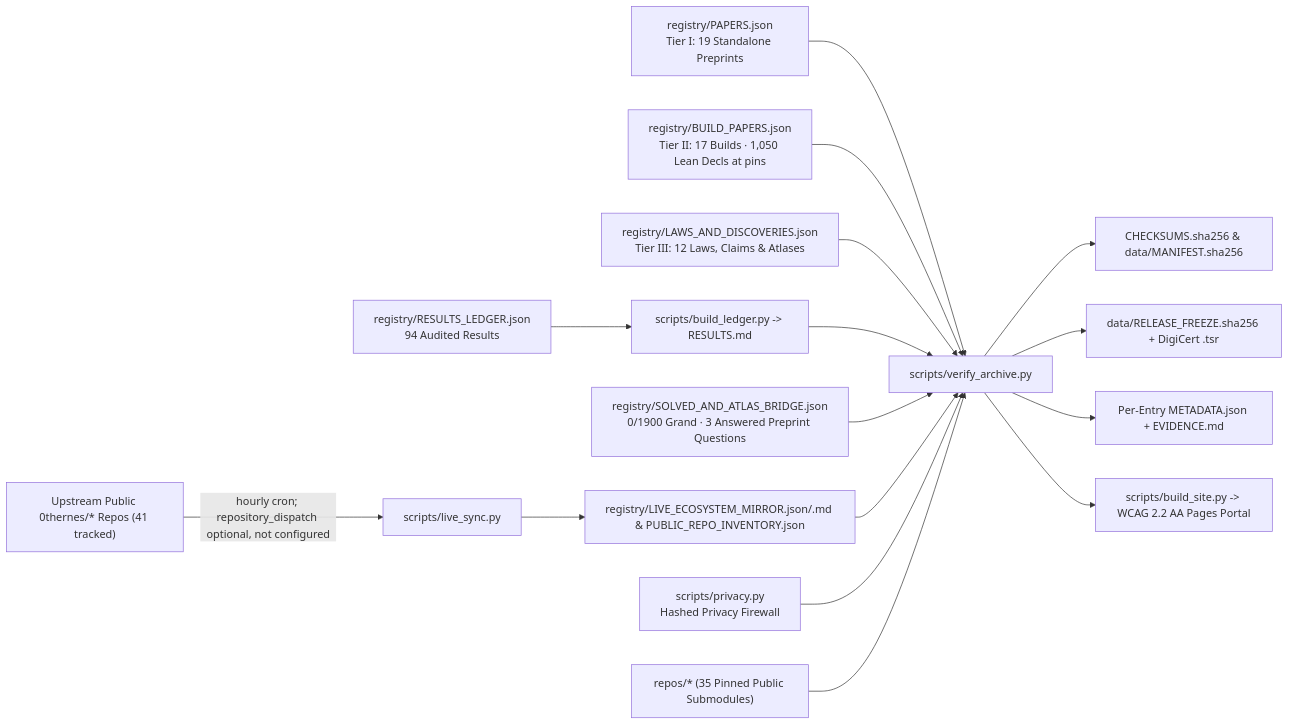
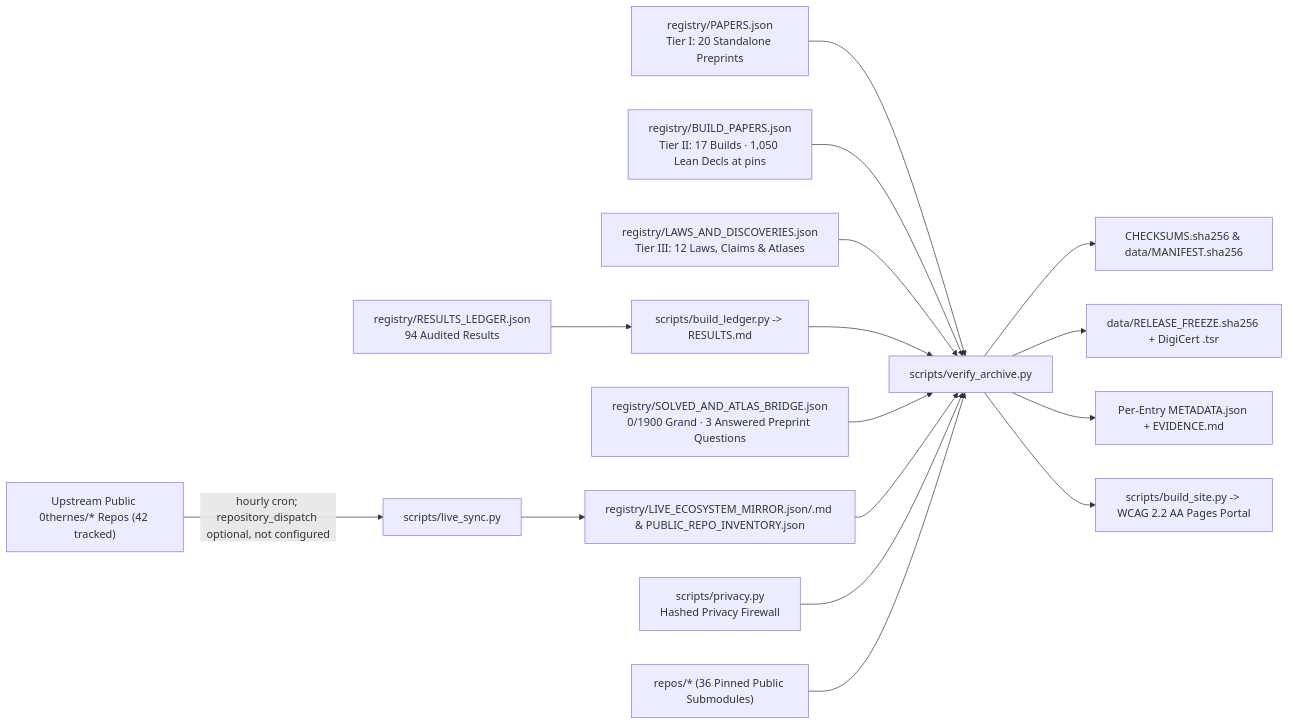
One commit to 0thernes/0thernes-research-archive changed the diagram in docs/architecture.md. Above: the diagram before and after it, drawn with Mermaid. The commit also changed other lines of this file and 17 other files, not shown here.

````diff
--- a/docs/architecture.md
+++ b/docs/architecture.md
@@ -5,18 +5,18 @@
 ```mermaid
 flowchart LR
-    UP["Upstream Public 0thernes/* Repos (41 tracked)"] -->|hourly cron; repository_dispatch optional, not configured| LS["scripts/live_sync.py"]
-    R1["registry/PAPERS.json<br/>Tier I: 19 Standalone Preprints"] --> V["scripts/verify_archive.py"]
+    UP["Upstream Public 0thernes/* Repos (42 tracked)"] -->|hourly cron; repository_dispatch optional, not configured| LS["scripts/live_sync.py"]
+    R1["registry/PAPERS.json<br/>Tier I: 20 Standalone Preprints"] --> V["scripts/verify_archive.py"]
     R2["registry/BUILD_PAPERS.json<br/>Tier II: 17 Builds · 1,050 Lean Decls at pins"] --> V
     R3["registry/LAWS_AND_DISCOVERIES.json<br/>Tier III: 12 Laws, Claims & Atlases"] --> V
     RL["registry/RESULTS_LEDGER.json<br/>94 Audited Results"] --> BL["scripts/build_ledger.py -> RESULTS.md"]
     BL --> V
     BR["registry/SOLVED_AND_ATLAS_BRIDGE.json<br/>0/1900 Grand · 3 Answered Preprint Questions"] --> V
     LS --> LM["registry/LIVE_ECOSYSTEM_MIRROR.json/.md & PUBLIC_REPO_INVENTORY.json"]
     LM --> V
     PR["scripts/privacy.py<br/>Hashed Privacy Firewall"] --> V
-    S["repos/* (35 Pinned Public Submodules)"] --> V
+    S["repos/* (36 Pinned Public Submodules)"] --> V
     V --> C["CHECKSUMS.sha256 & data/MANIFEST.sha256"]
     V --> FZ["data/RELEASE_FREEZE.sha256 + DigiCert .tsr"]
     V --> D["Per-Entry METADATA.json + EVIDENCE.md"]
     V --> P["scripts/build_site.py -> WCAG 2.2 AA Pages Portal"]
 ```
````
